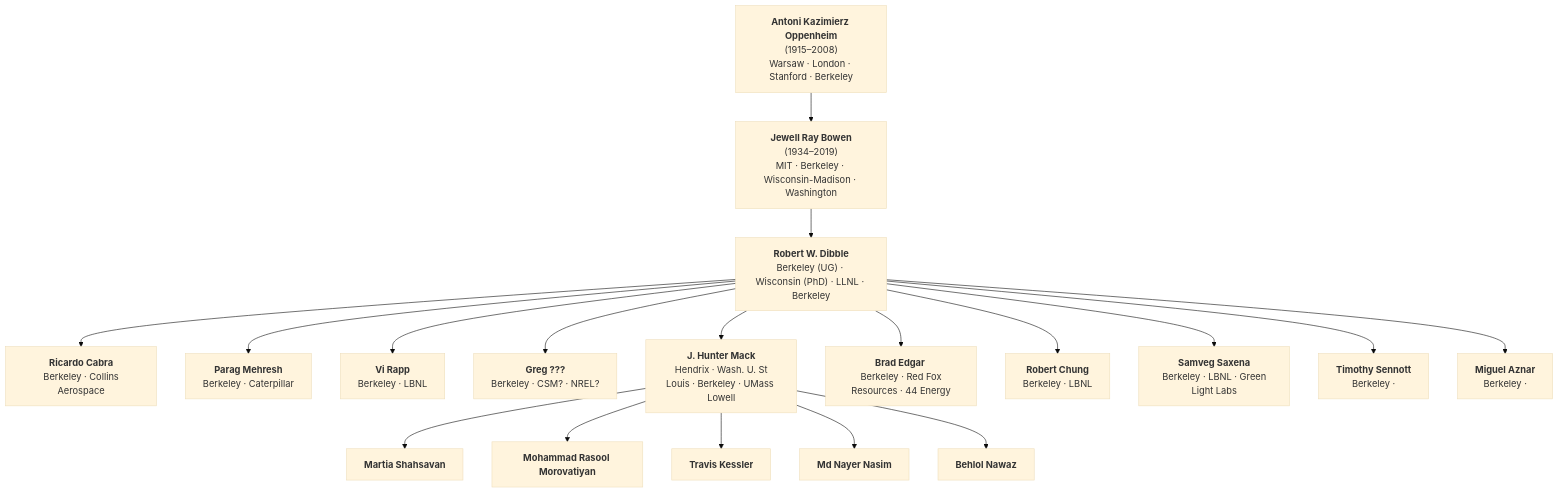
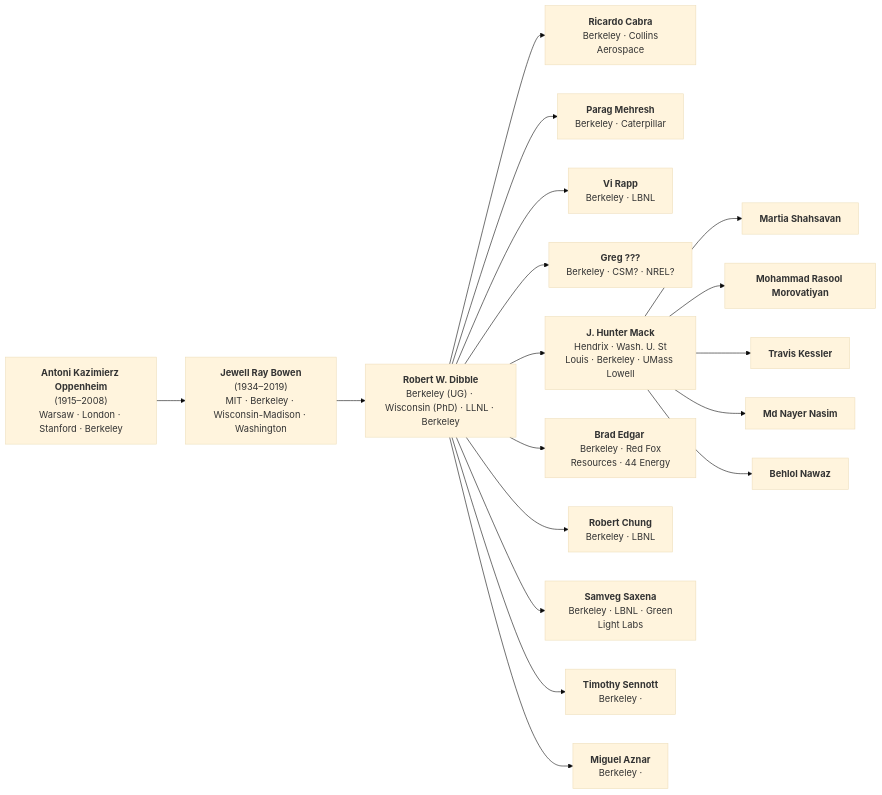
One commit to bnawaz95/ECRL-acad-tree changed the diagram in acad_tree.md. Above: the diagram before and after it, drawn with Mermaid (base theme).

````diff
--- a/acad_tree.md
+++ b/acad_tree.md
@@ -1,45 +1,45 @@
 ```mermaid
-flowchart TD
+flowchart LR
     A["<b>Antoni Kazimierz Oppenheim</b><br/>(1915–2008)<br/>Warsaw · London · Stanford · Berkeley"]
 
     B["<b>Jewell Ray Bowen</b><br/>(1934–2019)<br/>MIT · Berkeley · Wisconsin-Madison · Washington"]
 
     C["<b>Robert W. Dibble</b><br/>Berkeley (UG) · Wisconsin (PhD) · LLNL · Berkeley"]
 
     D1["<b>Ricardo Cabra</b><br/> Berkeley · Collins Aerospace"]
     D2["<b>Parag Mehresh</b><br/> Berkeley · Caterpillar"]
     D3["<b>Vi Rapp</b><br/> Berkeley · LBNL"]
     D4["<b>Greg ???</b><br/> Berkeley · CSM? · NREL?"]
     D0["<b>J. Hunter Mack</b><br/> Hendrix · Wash. U. St Louis · Berkeley · UMass Lowell"]
     D5["<b>Brad Edgar </b><br/> Berkeley · Red Fox Resources · 44 Energy"]
     D6["<b>Robert Chung</b><br/> Berkeley · LBNL"]
     D7["<b>Samveg Saxena</b><br/> Berkeley · LBNL · Green Light Labs"]
     D8["<b>Timothy Sennott</b><br/> Berkeley · "]
     D9["<b>Miguel Aznar</b><br/> Berkeley · "]
 
     E["<b>Martia Shahsavan</b>"]
     F["<b>Mohammad Rasool Morovatiyan</b>"]
     G["<b>Travis Kessler</b>"]
     H["<b>Md Nayer Nasim</b>"]
     I["<b>Behlol Nawaz</b>"]
 
     A --> B
     B --> C
 
     C --> D0
     C --> D1
     C --> D2
     C --> D3
     C --> D4
     C --> D5
     C --> D6
     C --> D7
     C --> D8
     C --> D9
 
     D0 --> E
     D0 --> F
     D0 --> G
     D0 --> H
     D0 --> I
 ```
````
